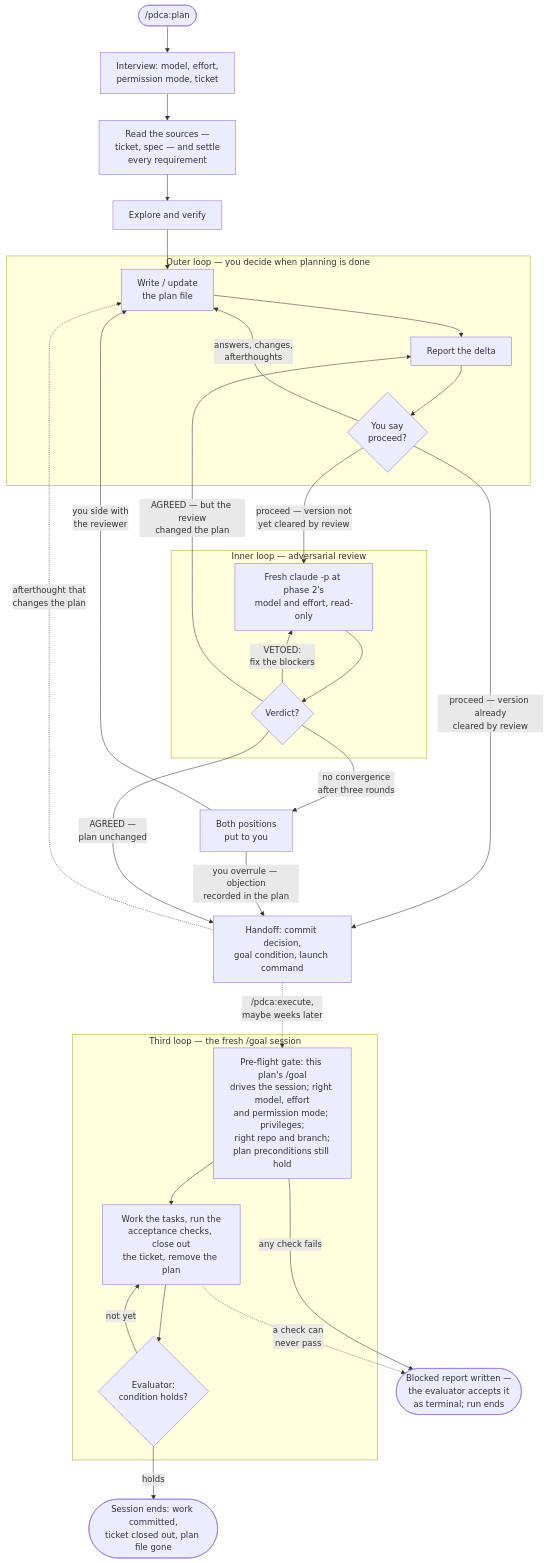
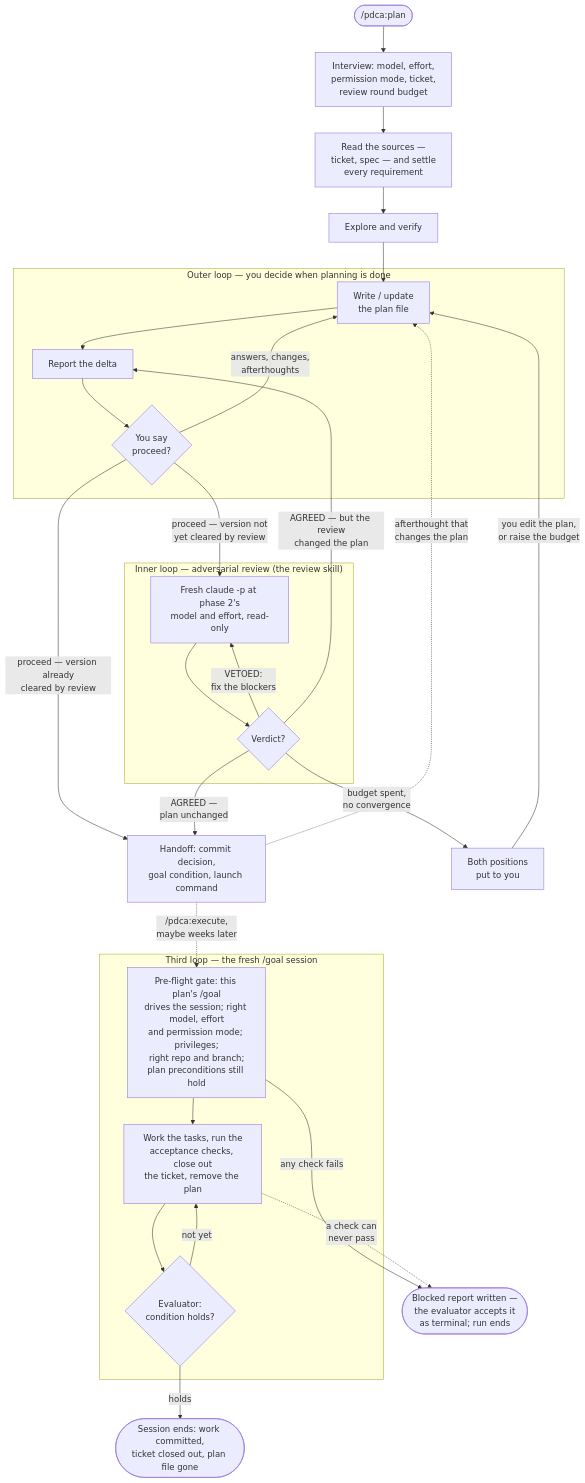
One commit to christian-schlichtherle/cs7-claude-plugins changed the second of 2 diagrams in pdca/README.md. Above: the diagram before and after it, drawn with Mermaid. The commit also changed other lines of this file and 6 other files, not shown here.

First line of the commit message:
Document /pdca:review and the two review-loop rule changes

````diff
--- a/pdca/README.md
+++ b/pdca/README.md
@@ -167,38 +185,37 @@
 ```mermaid
 flowchart TD
     subgraph Outer["Outer loop — you decide when planning is done"]
         Draft["Write / update<br>the plan file"] --> Delta["Report the delta"]
         Delta --> Happy{"You say<br>proceed?"}
         Happy -- "answers, changes,<br>afterthoughts" --> Draft
     end
 
-    subgraph Inner["Inner loop — adversarial review"]
+    subgraph Inner["Inner loop — adversarial review (the review skill)"]
         Reviewer["Fresh claude -p at phase 2's<br>model and effort, read-only"] --> Verdict{"Verdict?"}
         Verdict -- "VETOED:<br>fix the blockers" --> Reviewer
     end
 
-    Start(["/pdca:plan"]) --> Interview["Interview: model, effort,<br>permission mode, ticket"]
+    Start(["/pdca:plan"]) --> Interview["Interview: model, effort,<br>permission mode, ticket,<br>review round budget"]
     Interview --> Sources["Read the sources —<br>ticket, spec — and settle<br>every requirement"]
     Sources --> Explore["Explore and verify"]
     Explore --> Draft
 
     Happy -- "proceed — version not<br>yet cleared by review" --> Reviewer
     Happy -- "proceed — version already<br>cleared by review" --> Handoff
-    Verdict -- "no convergence<br>after three rounds" --> Settle["Both positions<br>put to you"]
-    Settle -- "you side with<br>the reviewer" --> Draft
-    Settle -- "you overrule — objection<br>recorded in the plan" --> Handoff
+    Verdict -- "budget spent,<br>no convergence" --> Settle["Both positions<br>put to you"]
+    Settle -- "you edit the plan,<br>or raise the budget" --> Draft
     Verdict -- "AGREED —<br>plan unchanged" --> Handoff["Handoff: commit decision,<br>goal condition, launch command"]
     Verdict -- "AGREED — but the review<br>changed the plan" --> Delta
     Handoff -. "afterthought that<br>changes the plan" .-> Draft
 
     subgraph Goal["Third loop — the fresh /goal session"]
         Gate["Pre-flight gate: this plan's /goal<br>drives the session; right model, effort<br>and permission mode; privileges;<br>right repo and branch;<br>plan preconditions still hold"] --> Work["Work the tasks, run the<br>acceptance checks, close out<br>the ticket, remove the plan"]
         Work --> Eval{"Evaluator:<br>condition holds?"}
         Eval -- "not yet" --> Work
     end
 
     Handoff -. "/pdca:execute,<br>maybe weeks later" .-> Gate
     Gate -- "any check fails" --> Blocked(["Blocked report written —<br>the evaluator accepts it<br>as terminal; run ends"])
     Work -. "a check can<br>never pass" .-> Blocked
     Eval -- "holds" --> Done(["Session ends: work committed,<br>ticket closed out, plan file gone"])
 ```
````
